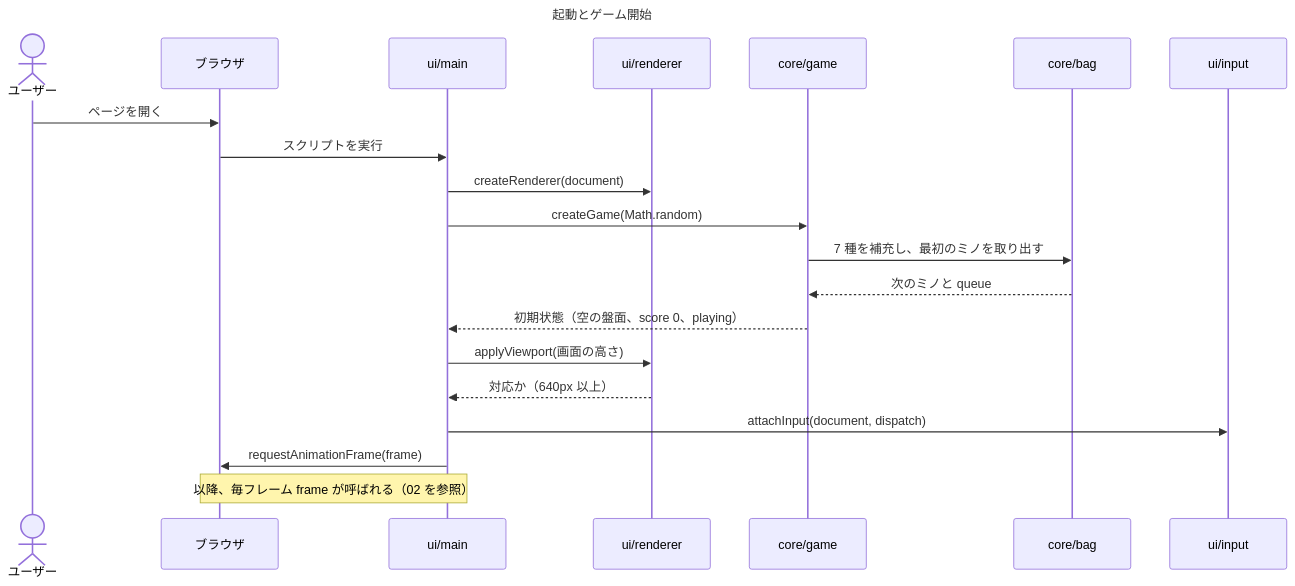
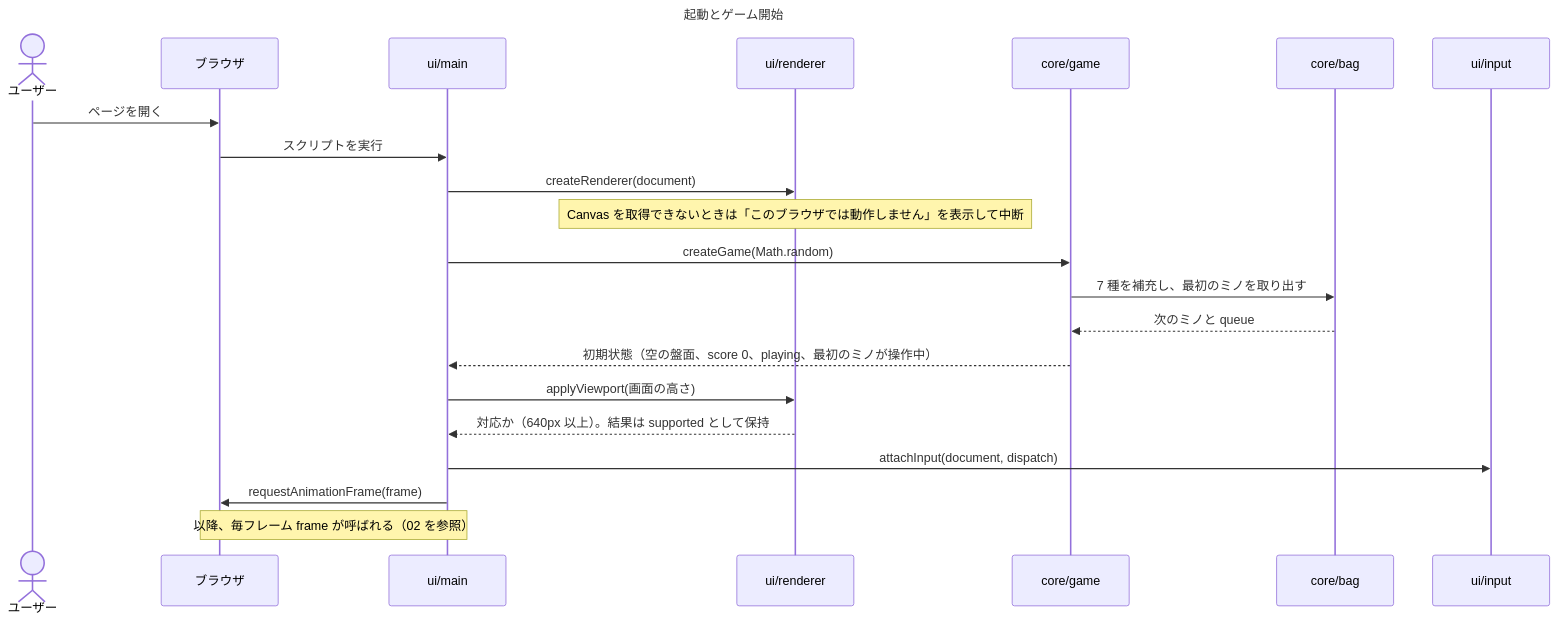
One commit to yoshimaru0419/mobile-claude-test changed the diagram in docs/diagrams/basic/01-startup.mmd. Above: the diagram before and after it, drawn with Mermaid. The commit also changed 2 other files, not shown here.

Commit message:
API-108: 基本設計のシーケンス図に、レビューの指摘を反映する
- 01: 最初のミノが操作中であること、supported の保持、Canvas を取得できないときの中断を追記
- 02: 新しいミノが出たときの蓄積時間のリセットを追記
- 03: 蓄積時間のリセットが、フレーム側で行われることを追記

Claude-Session: https://claude.ai/code/session_01SLyViCpsEUmns7ooqFMtYc

```diff
--- a/docs/diagrams/basic/01-startup.mmd
+++ b/docs/diagrams/basic/01-startup.mmd
@@ -1,23 +1,24 @@
 ---
 title: 起動とゲーム開始
 ---
 sequenceDiagram
   actor U as ユーザー
   participant B as ブラウザ
   participant M as ui/main
   participant R as ui/renderer
   participant G as core/game
   participant Q as core/bag
   participant I as ui/input
   U->>B: ページを開く
   B->>M: スクリプトを実行
   M->>R: createRenderer(document)
+  Note over R: Canvas を取得できないときは「このブラウザでは動作しません」を表示して中断
   M->>G: createGame(Math.random)
   G->>Q: 7 種を補充し、最初のミノを取り出す
   Q-->>G: 次のミノと queue
-  G-->>M: 初期状態（空の盤面、score 0、playing）
+  G-->>M: 初期状態（空の盤面、score 0、playing、最初のミノが操作中）
   M->>R: applyViewport(画面の高さ)
-  R-->>M: 対応か（640px 以上）
+  R-->>M: 対応か（640px 以上）。結果は supported として保持
   M->>I: attachInput(document, dispatch)
   M->>B: requestAnimationFrame(frame)
   Note over M,B: 以降、毎フレーム frame が呼ばれる（02 を参照）
```
